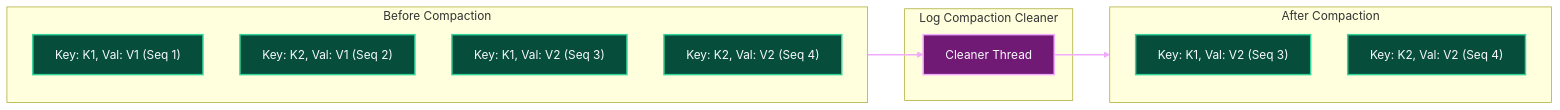
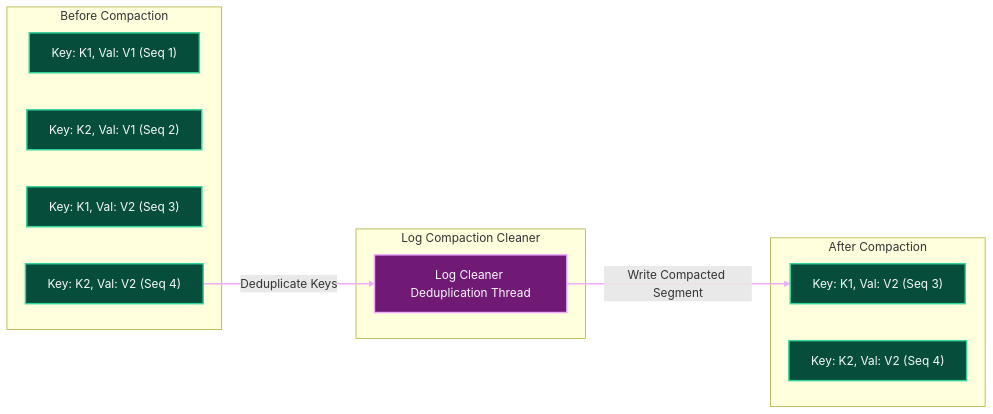
Before and after one commit to Chief-Strategist-J/llm-obs-infra: diagram 19 of 22 in docs/configDoc/kafka-configuration-guide.md, drawn with Mermaid. The commit also changed other lines of this file, not shown here.

Commit message:
fix(kafka-docs): resolve GitHub Mermaid diagram syntax errors and expand LLD rebalance state machine

````diff
--- a/docs/configDoc/kafka-configuration-guide.md
+++ b/docs/configDoc/kafka-configuration-guide.md
@@ -1438,32 +1510,32 @@
 ```mermaid
 graph LR
     subgraph BeforeCompaction ["Before Compaction"]
         K1_V1["Key: K1, Val: V1 (Seq 1)"]
         K2_V1["Key: K2, Val: V1 (Seq 2)"]
         K1_V2["Key: K1, Val: V2 (Seq 3)"]
         K2_V2["Key: K2, Val: V2 (Seq 4)"]
     end
 
     subgraph LogCompactionCleaner ["Log Compaction Cleaner"]
-        CleanerThread["Cleaner Thread"]
+        CleanerThread["Log Cleaner Deduplication Thread"]
     end
 
-    BeforeCompaction --> CleanerThread
+    K2_V2 -->|Deduplicate Keys| CleanerThread
 
     subgraph AfterCompaction ["After Compaction"]
         K1_V2_Post["Key: K1, Val: V2 (Seq 3)"]
         K2_V2_Post["Key: K2, Val: V2 (Seq 4)"]
     end
 
-    CleanerThread --> AfterCompaction
+    CleanerThread -->|Write Compacted Segment| K1_V2_Post
 
     style K1_V1 fill:#064e3b,stroke:#34d399,stroke-width:2px,color:#f8fafc
     style K2_V1 fill:#064e3b,stroke:#34d399,stroke-width:2px,color:#f8fafc
     style K1_V2 fill:#064e3b,stroke:#34d399,stroke-width:2px,color:#f8fafc
     style K2_V2 fill:#064e3b,stroke:#34d399,stroke-width:2px,color:#f8fafc
     style CleanerThread fill:#701a75,stroke:#f0abfc,stroke-width:2px,color:#f8fafc
     style K1_V2_Post fill:#064e3b,stroke:#34d399,stroke-width:2px,color:#f8fafc
     style K2_V2_Post fill:#064e3b,stroke:#34d399,stroke-width:2px,color:#f8fafc
 
     linkStyle 0,1 stroke:#f0abfc,stroke-width:2px;
 ```
````
